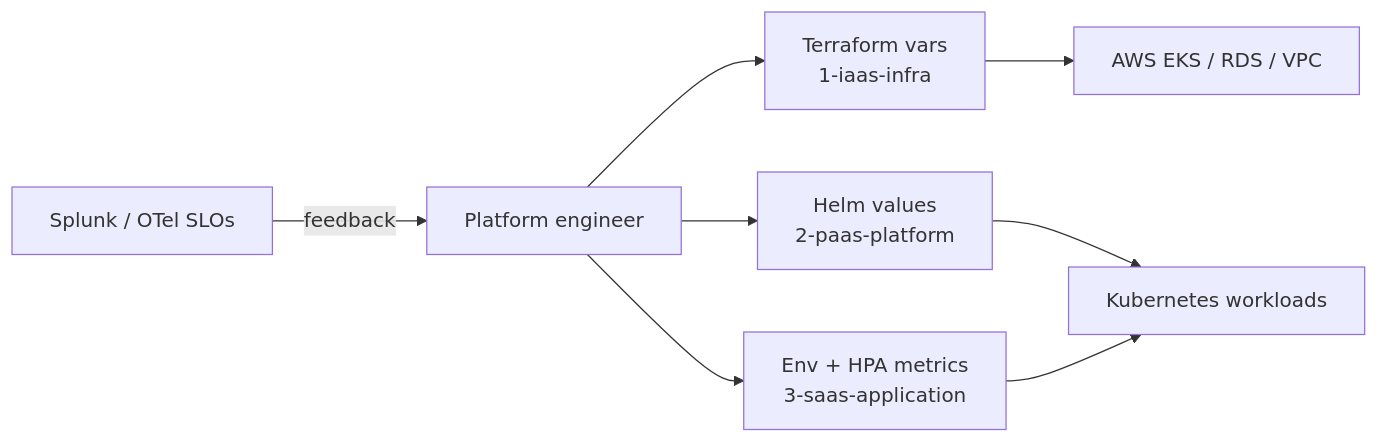
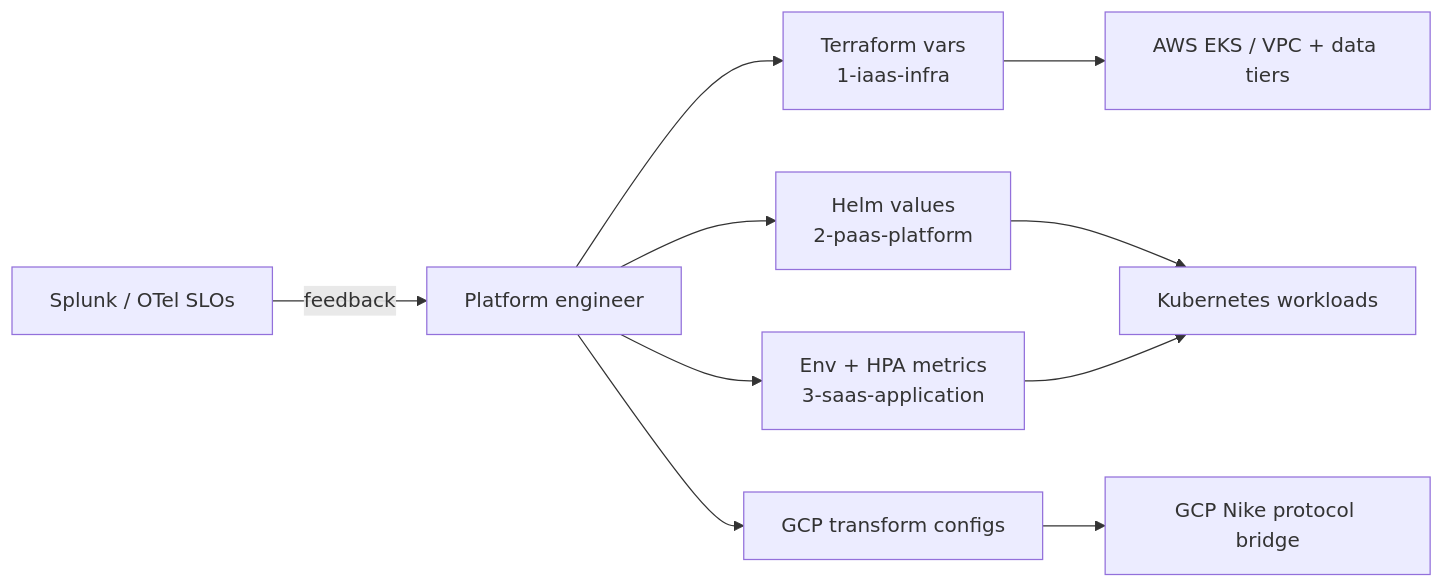
One commit to bharat2476/Integration changed the fourth of 11 diagrams in README.md. Above: the diagram before and after it, drawn with Mermaid. The commit also changed other lines of this file and 4 other files, not shown here.

````diff
--- a/README.md
+++ b/README.md
@@ -143,10 +214,12 @@
 ```mermaid
 flowchart LR
   ENG[Platform engineer] --> TF[Terraform vars\n1-iaas-infra]
   ENG --> HELM[Helm values\n2-paas-platform]
   ENG --> APP[Env + HPA metrics\n3-saas-application]
-  TF --> AWS[AWS EKS / RDS / VPC]
+  TF --> AWS[AWS EKS / VPC + data tiers]
+  ENG --> GCP_CFG[GCP transform configs]
+  GCP_CFG --> GCP_RUN[GCP Nike protocol bridge]
   HELM --> K8S[Kubernetes workloads]
   APP --> K8S
   METRICS[Splunk / OTel SLOs] -->|feedback| ENG
 ```
````
